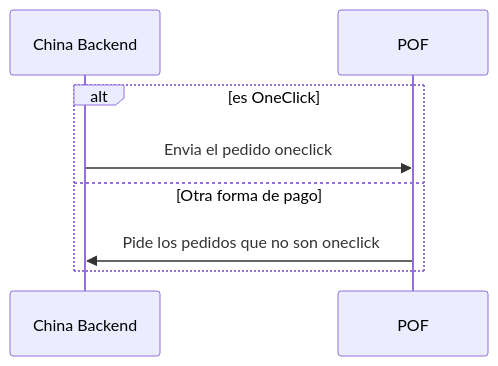
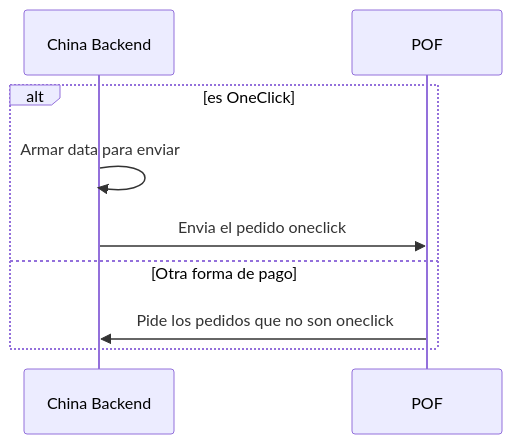
One commit to javix70/personal_obsidian changed the third of 4 diagrams in 100_niufoods/03_projects/china_backend/documentation/orders/diagramns.md. Above: the diagram before and after it, drawn with Mermaid. The commit also changed other lines of this file and 3 other files, not shown here.

````diff
--- a/100_niufoods/03_projects/china_backend/documentation/orders/diagramns.md
+++ b/100_niufoods/03_projects/china_backend/documentation/orders/diagramns.md
@@ -85,12 +84,13 @@
 ```mermaid
 
 sequenceDiagram
     participant CB as China Backend
     participant P as POF
 
     alt es OneClick
+	    CB->>CB: Armar data para enviar
         CB->>P: Envia el pedido oneclick
     else Otra forma de pago
         P->>CB: Pide los pedidos que no son oneclick
     end
 ```
````
